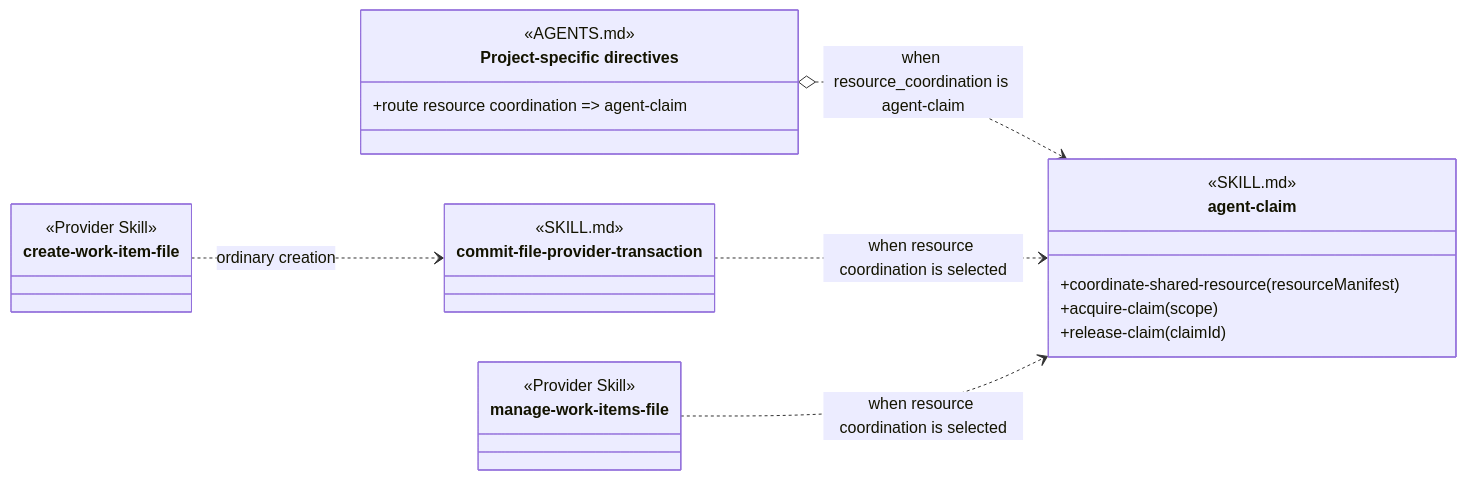
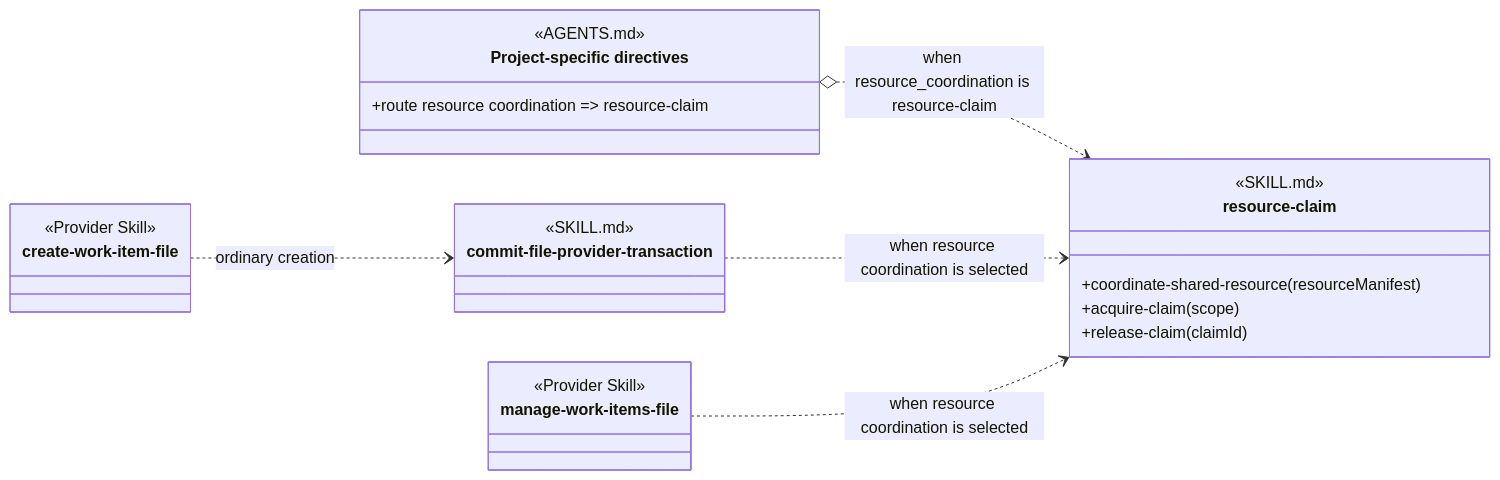
Before and after one commit to martinbechard/dev-methodology: the fifth of 5 diagrams in design/skill-groups/backlog-management.md, drawn with Mermaid. The commit also changed other lines of this file and 136 other files, not shown here.

Commit message:
Rename agent claim family to resource claim

````diff
--- a/design/skill-groups/backlog-management.md
+++ b/design/skill-groups/backlog-management.md
@@ -269,31 +269,31 @@
 ```mermaid
 classDiagram
     direction LR
 
     class create-work-item-file {
         <<Provider Skill>>
     }
     class manage-work-items-file {
         <<Provider Skill>>
     }
     class commit-file-provider-transaction {
         <<SKILL.md>>
     }
     class ProjectSpecificDirectives["Project-specific directives"] {
         <<AGENTS.md>>
         <<routing>>
-        +route resource coordination => agent-claim
+        +route resource coordination => resource-claim
     }
-    class agent-claim {
+    class resource-claim {
         <<SKILL.md>>
         <<Cross-group>>
         +coordinate-shared-resource(resourceManifest)
         +acquire-claim(scope)
         +release-claim(claimId)
     }
 
-    ProjectSpecificDirectives o..> agent-claim : when resource_coordination is agent-claim
+    ProjectSpecificDirectives o..> resource-claim : when resource_coordination is resource-claim
     create-work-item-file ..> commit-file-provider-transaction : ordinary creation
-    commit-file-provider-transaction ..> agent-claim : when resource coordination is selected
-    manage-work-items-file ..> agent-claim : when resource coordination is selected
+    commit-file-provider-transaction ..> resource-claim : when resource coordination is selected
+    manage-work-items-file ..> resource-claim : when resource coordination is selected
 ```
````
